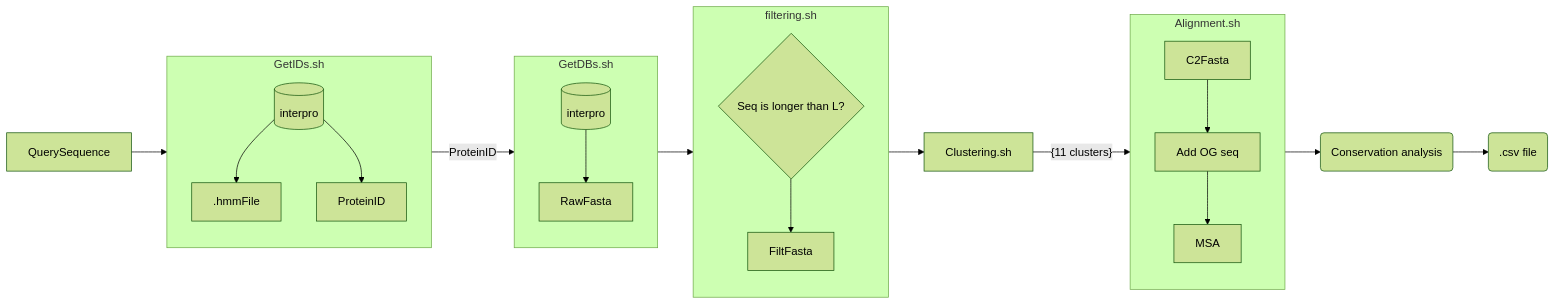
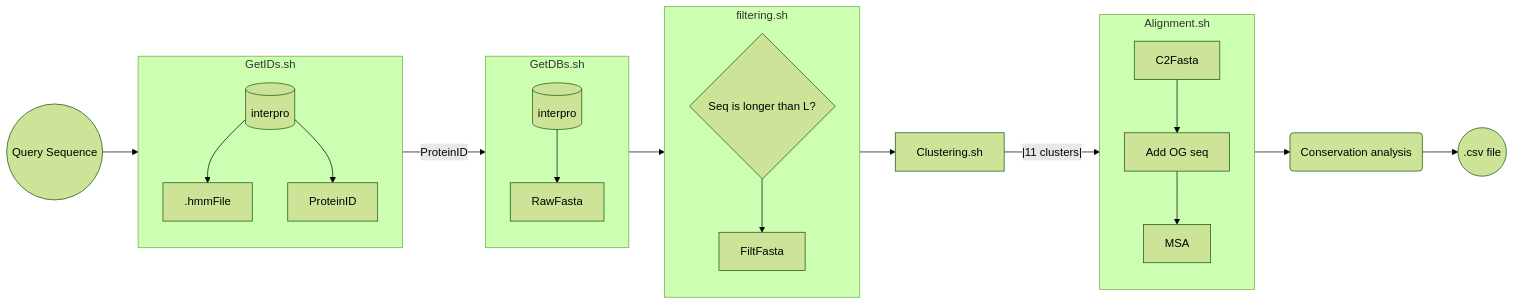
The diagram in diagram.md (CoditoDTU/MSA_tool), drawn with Mermaid (forest theme) before and after one commit.

Commit message:
Update mermaid diagram

````diff
--- a/diagram.md
+++ b/diagram.md
@@ -4,40 +4,38 @@
 ```mermaid
     flowchart LR
-    QuerySequence
+    input((Query Sequence))
 
     subgraph A[GetIDs.sh]
         direction TB
         id3[(interpro)] -->.hmmFile
         id3[(interpro)] -->ProteinID  
     end 
     
     subgraph B[GetDBs.sh]
         direction TB
         id4[(interpro)] -->
         RawFasta 
     end
     subgraph C[filtering.sh]
         direction TB
         C1{Seq is longer than L?} -->  
         FiltFasta
     end
     subgraph D[Alignment.sh]
         direction TB
         D1[C2Fasta] -->
         D2[Add OG seq] -->
         D3[MSA]
     end
     
     cons(Conservation analysis)
-    output(.csv file)
+    output((.csv file))
 
-    QuerySequence --> A 
-    
-   
+    input --> A 
 
     A--ProteinID--> B 
     B --> C
     C--> Clustering.sh 
-    Clustering.sh --{11 clusters}--> D
+    Clustering.sh --|11 clusters|--> D
     D --> cons --> output
 ```
````
